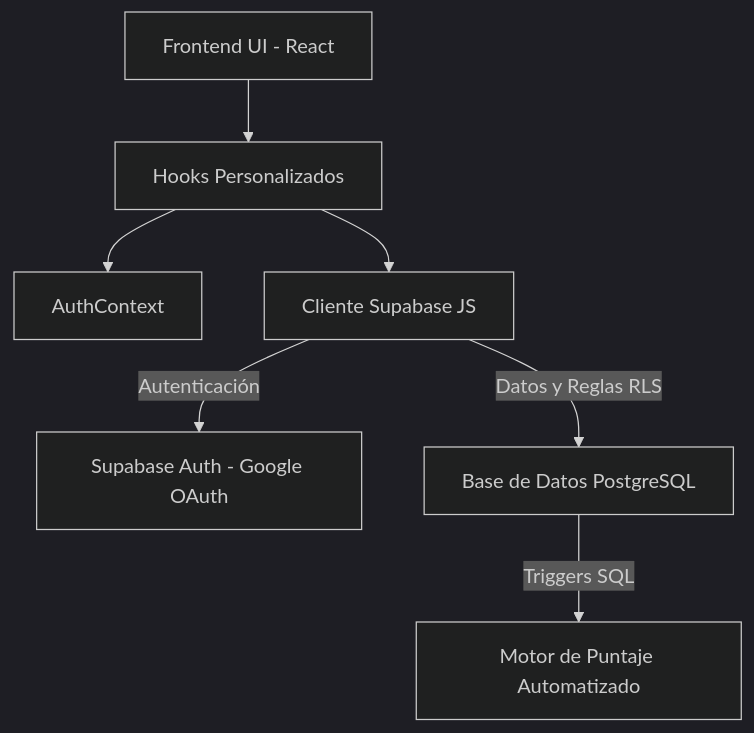
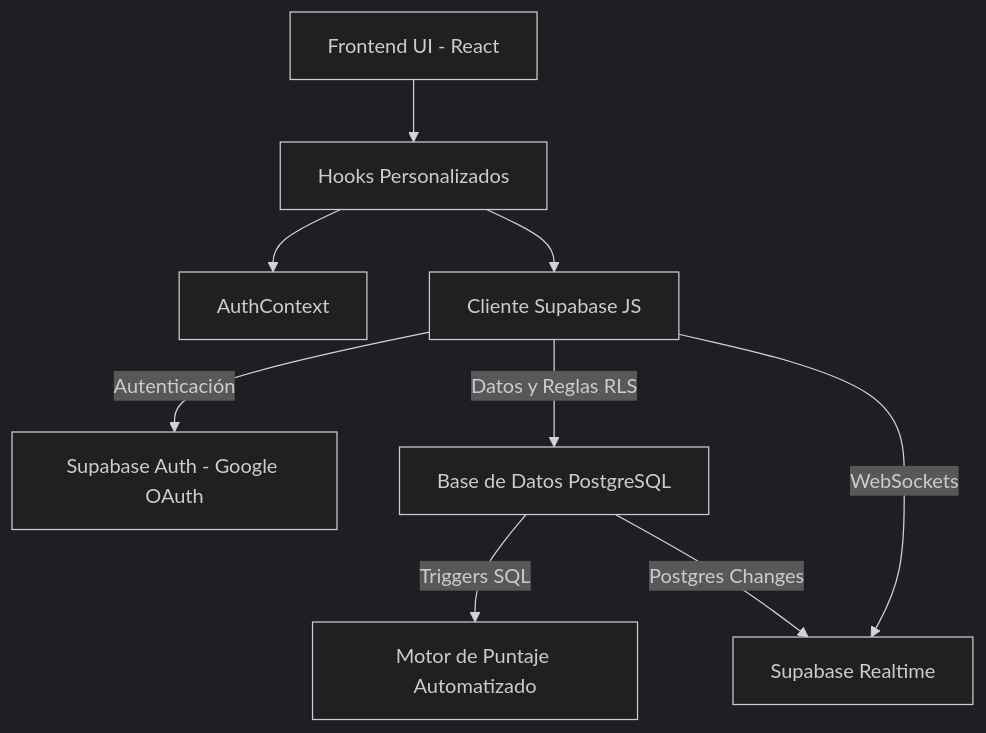
One commit to AlexisAcevedo/ProdeMundial changed the diagram in docs/architecture.md. Above: the diagram before and after it, drawn with Mermaid (dark theme). The commit also changed other lines of this file and 1 other file, not shown here.

Commit message:
docs: add realtime and chat descriptions to architecture and database docs

````diff
--- a/docs/architecture.md
+++ b/docs/architecture.md
@@ -14,11 +15,13 @@
 ```mermaid
 graph TD
     UI[Frontend UI - React] --> Hooks[Hooks Personalizados]
     Hooks --> Context[AuthContext]
     Hooks --> SBClient[Cliente Supabase JS]
     
     SBClient -->|Autenticación| SBAuth[Supabase Auth - Google OAuth]
     SBClient -->|Datos y Reglas RLS| SBDB[Base de Datos PostgreSQL]
+    SBClient -->|WebSockets| SBRealtime[Supabase Realtime]
     
     SBDB -->|Triggers SQL| Score[Motor de Puntaje Automatizado]
+    SBDB -->|Postgres Changes| SBRealtime
 ```
````
